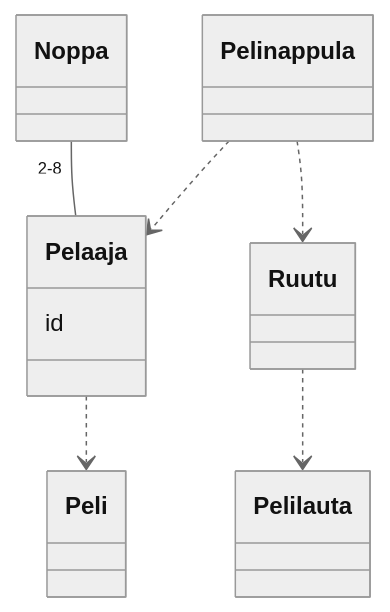
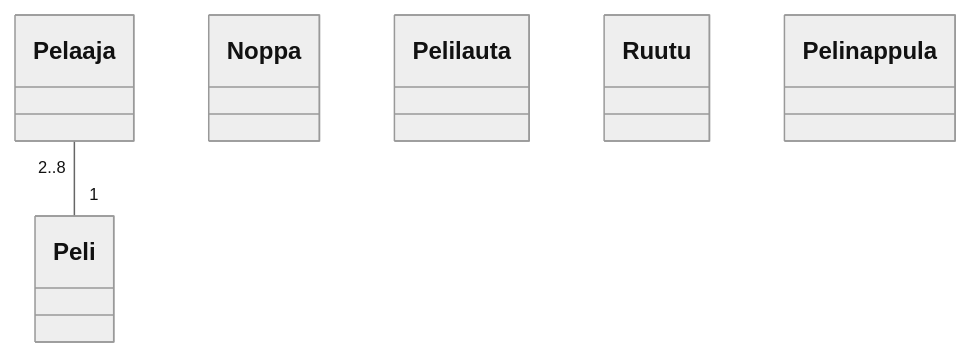
One commit to MiikaMatias/ot-harjoitustyo changed the diagram in laskarit/viikko3/test.md. Above: the diagram before and after it, drawn with Mermaid (neutral theme).

````diff
--- a/laskarit/viikko3/test.md
+++ b/laskarit/viikko3/test.md
@@ -5,21 +5,16 @@
 ```mermaid
  classDiagram
-      Ruutu ..> Pelilauta
-      Noppa "2-8" -- Pelaaja
-      Pelinappula ..> Pelaaja
-      Pelinappula ..> Ruutu
-      Pelaaja ..> Peli
+      Pelaaja "2..8" -- "1" Peli
       class Noppa{
       }
       class Pelaaja{
-          id
       }
       class Pelilauta{
       }
       class Ruutu{
       }
       class Pelinappula {
       }
       class Peli {
       }
 ```
````
